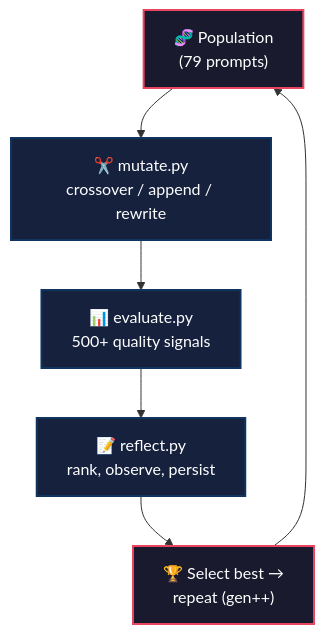
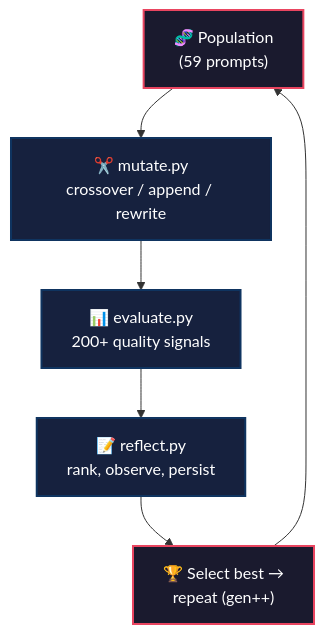
One commit to NullLabTests/autoresearch-ai-agent-skeleton changed the first of 3 diagrams in README.md. Above: the diagram before and after it, drawn with Mermaid. The commit also changed other lines of this file, not shown here.

Commit message:
docs: add comprehensive architecture deep-dive to README

````diff
--- a/README.md
+++ b/README.md
@@ -26,14 +26,14 @@
 ```mermaid
 graph TD
-    P["🧬 Population<br/>(79 prompts)"] --> M["✂️ mutate.py<br/>crossover / append / rewrite"]
-    M --> E["📊 evaluate.py<br/>500+ quality signals"]
+    P["🧬 Population<br/>(59 prompts)"] --> M["✂️ mutate.py<br/>crossover / append / rewrite"]
+    M --> E["📊 evaluate.py<br/>200+ quality signals"]
     E --> R["📝 reflect.py<br/>rank, observe, persist"]
     R --> S["🏆 Select best →<br/>repeat (gen++)"]
     S --> P
 
     style P fill:#1a1a2e,stroke:#e94560,stroke-width:2px,color:#fff
     style M fill:#16213e,stroke:#0f3460,stroke-width:2px,color:#fff
     style E fill:#16213e,stroke:#0f3460,stroke-width:2px,color:#fff
     style R fill:#16213e,stroke:#0f3460,stroke-width:2px,color:#fff
     style S fill:#1a1a2e,stroke:#e94560,stroke-width:2px,color:#fff
 ```
````
